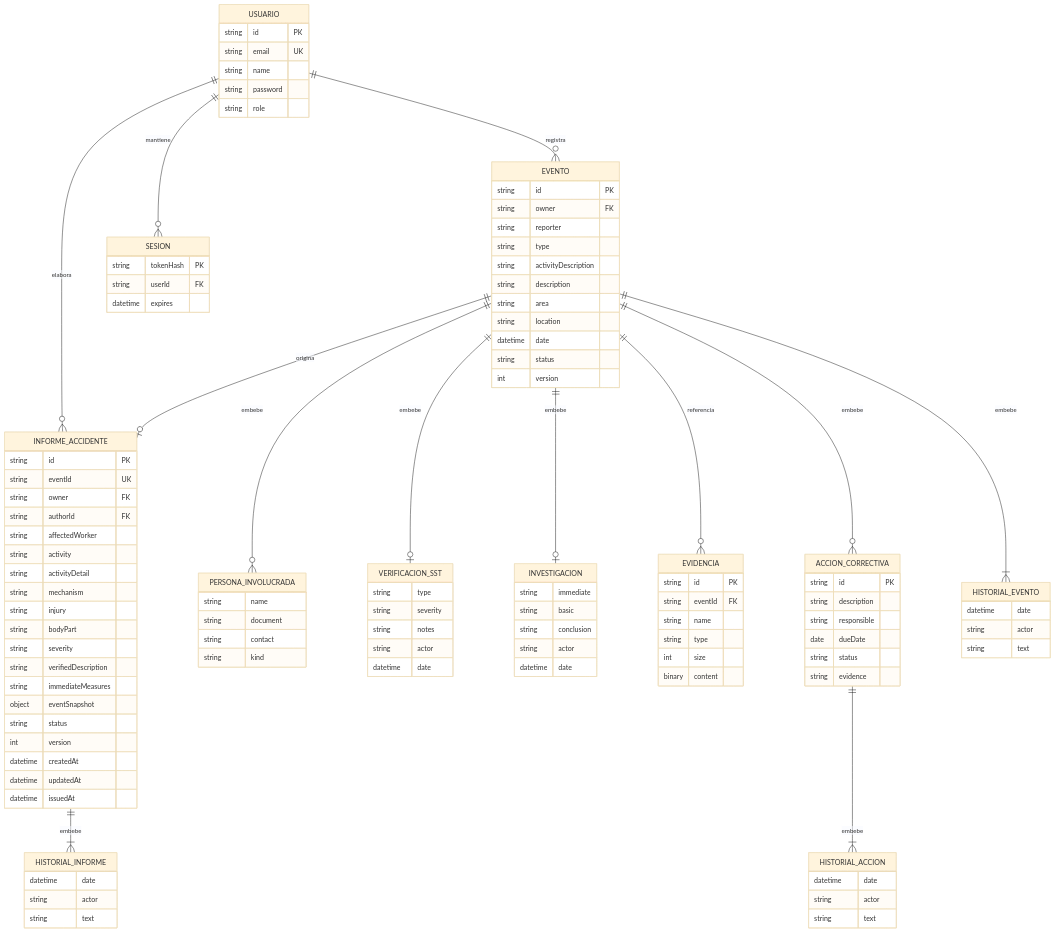
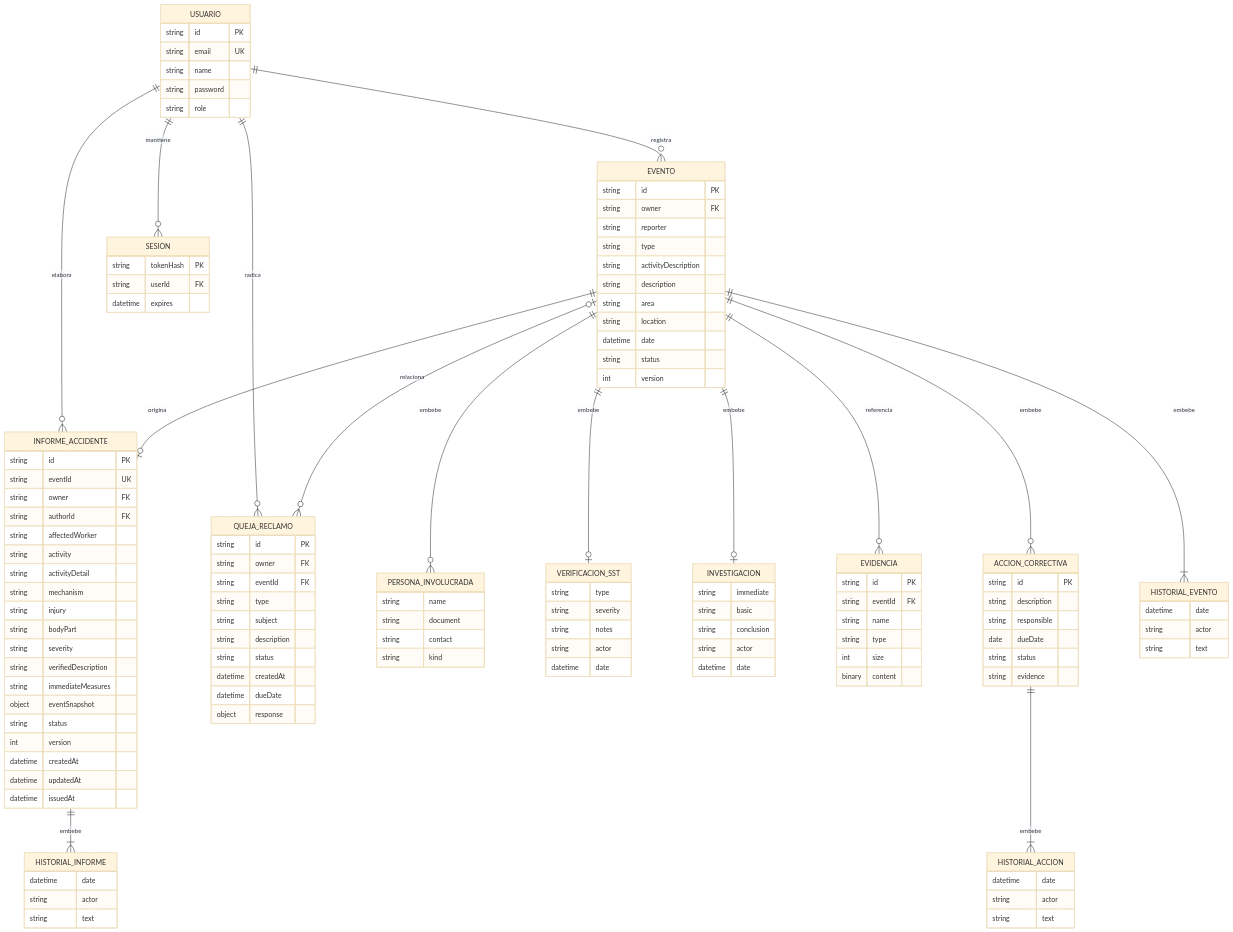
The diagram in docs/Diagrama-ER.md (HEFRA-ws/ProyectoIngSoftware), drawn with Mermaid (base theme) before and after one commit. The commit also changed other lines of this file and 23 other files, not shown here.

Commit message:
docs: alinear entrega final, diagramas y presentacion con el producto

```diff
--- a/docs/Diagrama-ER.md
+++ b/docs/Diagrama-ER.md
@@ -7,6 +7,8 @@
   USUARIO ||--o{ EVENTO : registra
   USUARIO ||--o{ SESION : mantiene
   USUARIO ||--o{ INFORME_ACCIDENTE : elabora
+  USUARIO ||--o{ QUEJA_RECLAMO : radica
+  EVENTO |o--o{ QUEJA_RECLAMO : relaciona
   EVENTO ||--o{ PERSONA_INVOLUCRADA : embebe
   EVENTO ||--o| VERIFICACION_SST : embebe
   EVENTO ||--o| INVESTIGACION : embebe
@@ -98,6 +100,18 @@
     datetime updatedAt
     datetime issuedAt
   }
+  QUEJA_RECLAMO {
+    string id PK
+    string owner FK
+    string eventId FK
+    string type
+    string subject
+    string description
+    string status
+    datetime createdAt
+    datetime dueDate
+    object response
+  }
   SESION {
     string tokenHash PK
     string userId FK
```
